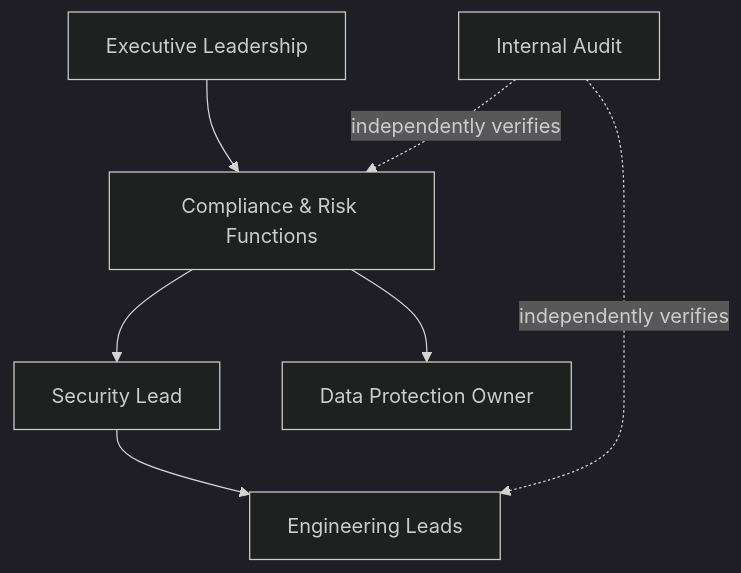
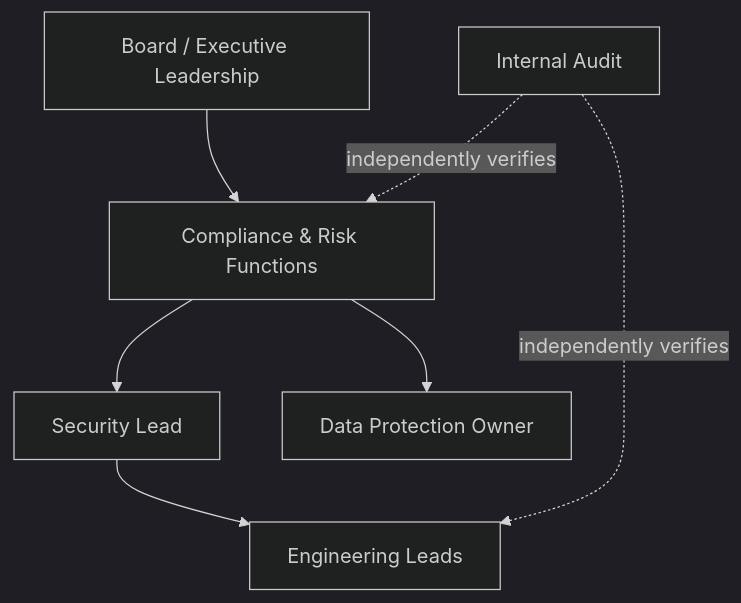
One commit to MojammelJoy/StackLeo-Tech-Store changed the ninth of 9 diagrams in 06_Security/compliance.md. Above: the diagram before and after it, drawn with Mermaid (dark theme). The commit also changed other lines of this file and 37 other files, not shown here.

````diff
--- a/06_Security/compliance.md
+++ b/06_Security/compliance.md
@@ -289,9 +334,9 @@
 ```mermaid
 flowchart TD
-    Exec[Executive Leadership] --> Compliance[Compliance & Risk Functions]
+    Exec[Board / Executive Leadership] --> Compliance[Compliance & Risk Functions]
     Compliance --> SecLead[Security Lead]
     Compliance --> DataOwner[Data Protection Owner]
     SecLead --> Engineering[Engineering Leads]
     Audit[Internal Audit] -.independently verifies.-> Compliance
     Audit -.independently verifies.-> Engineering
 ```
````
